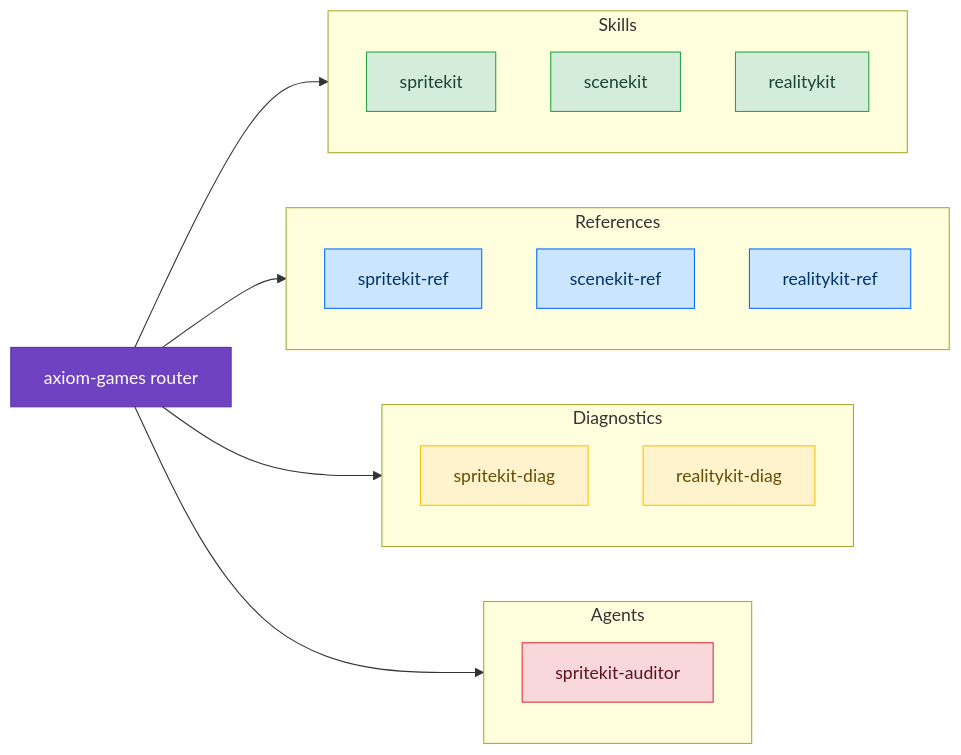
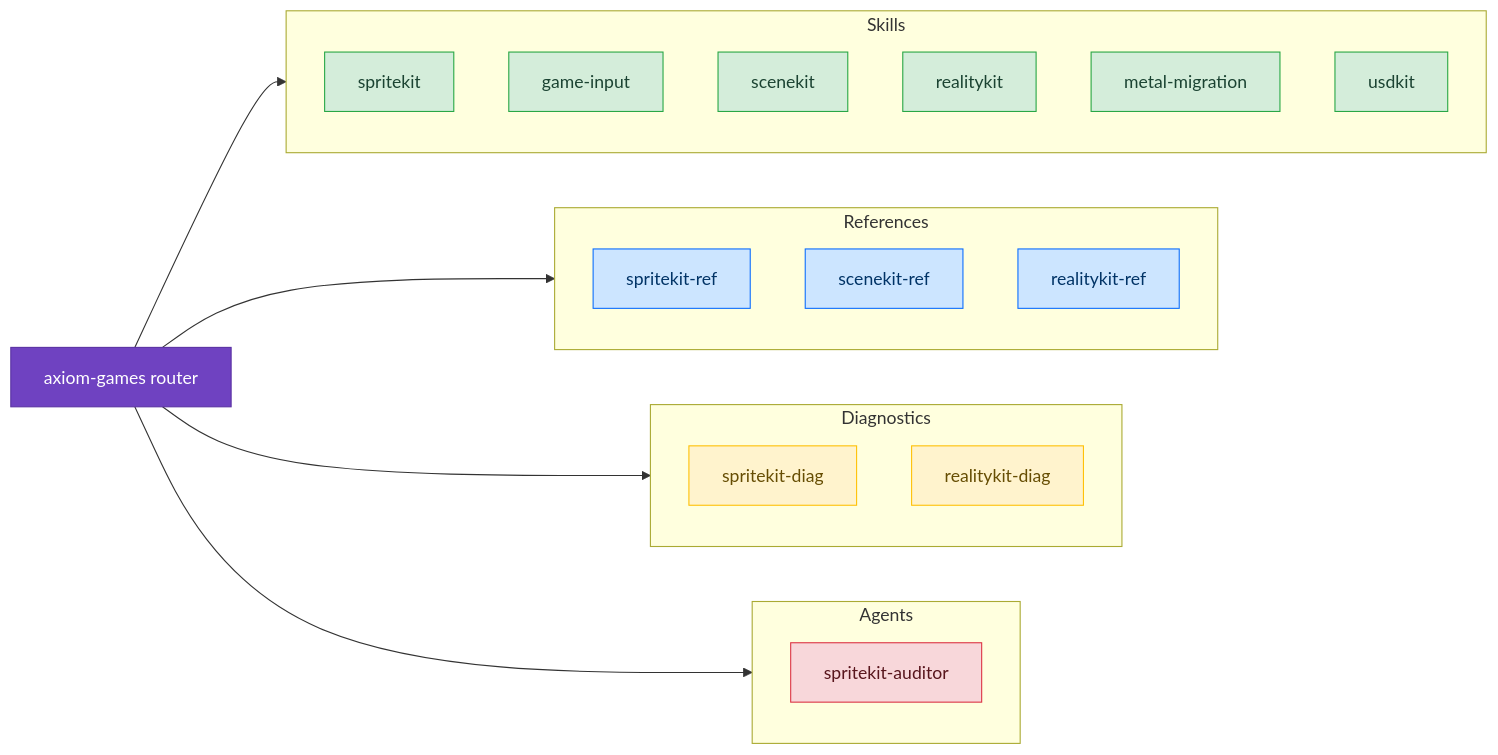
One commit to CharlesWiltgen/Axiom changed the diagram in docs/skills/games/index.md. Above: the diagram before and after it, drawn with Mermaid. The commit also changed other lines of this file and 44 other files, not shown here.

````diff
--- a/docs/skills/games/index.md
+++ b/docs/skills/games/index.md
@@ -5,35 +5,38 @@
 ```mermaid
 flowchart LR
     classDef router fill:#6f42c1,stroke:#5a32a3,color:#fff
     classDef discipline fill:#d4edda,stroke:#28a745,color:#1b4332
     classDef reference fill:#cce5ff,stroke:#0d6efd,color:#003366
     classDef diagnostic fill:#fff3cd,stroke:#ffc107,color:#664d03
     classDef agent fill:#f8d7da,stroke:#dc3545,color:#58151c
 
     axiom_games["axiom-games router"]:::router
 
     subgraph skills_d["Skills"]
         spritekit["spritekit"]:::discipline
+        game_input["game-input"]:::discipline
         scenekit["scenekit"]:::discipline
         realitykit["realitykit"]:::discipline
+        metal_migration["metal-migration"]:::discipline
+        usdkit["usdkit"]:::discipline
     end
     axiom_games --> skills_d
 
     subgraph skills_r["References"]
         spritekit_ref["spritekit-ref"]:::reference
         scenekit_ref["scenekit-ref"]:::reference
         realitykit_ref["realitykit-ref"]:::reference
     end
     axiom_games --> skills_r
 
     subgraph skills_diag["Diagnostics"]
         spritekit_diag["spritekit-diag"]:::diagnostic
         realitykit_diag["realitykit-diag"]:::diagnostic
     end
     axiom_games --> skills_diag
 
     subgraph agents_sg["Agents"]
         agent_ska["spritekit-auditor"]:::agent
     end
     axiom_games --> agents_sg
 ```
````
